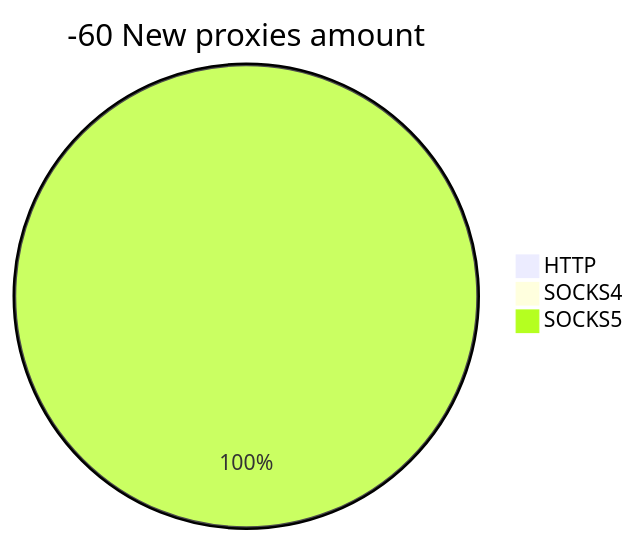
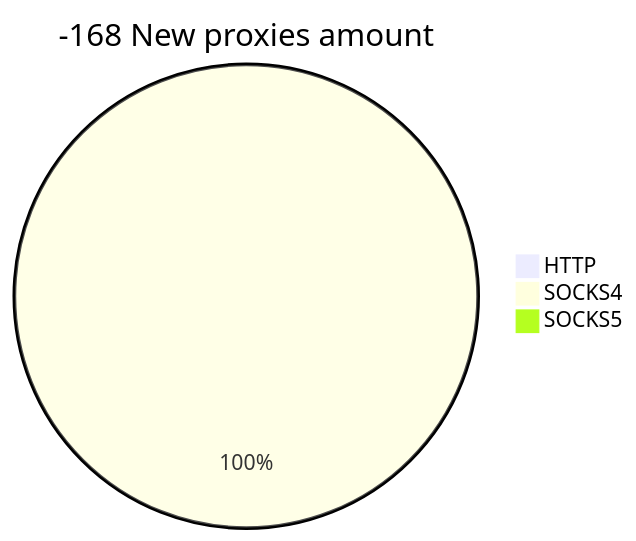
Before and after one commit to cutipu/proxylist: the second of 2 diagrams in README.md, drawn with Mermaid. The commit also changed other lines of this file, not shown here.

````diff
--- a/README.md
+++ b/README.md
@@ -10,6 +10,6 @@
 ```mermaid
-pie title -60 New proxies amount
+pie title -168 New proxies amount
     "HTTP" : 0
-    "SOCKS4" : 0
-    "SOCKS5" : 20
+    "SOCKS4" : 4
+    "SOCKS5" : 0
 ```
````
